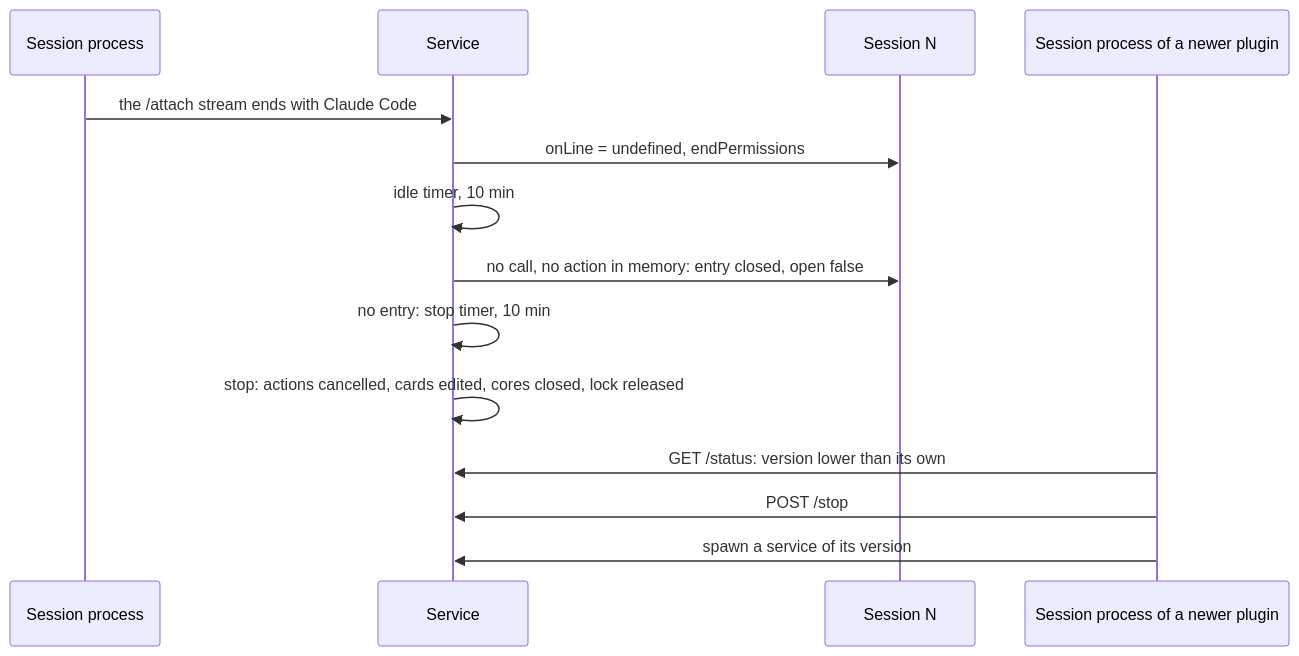
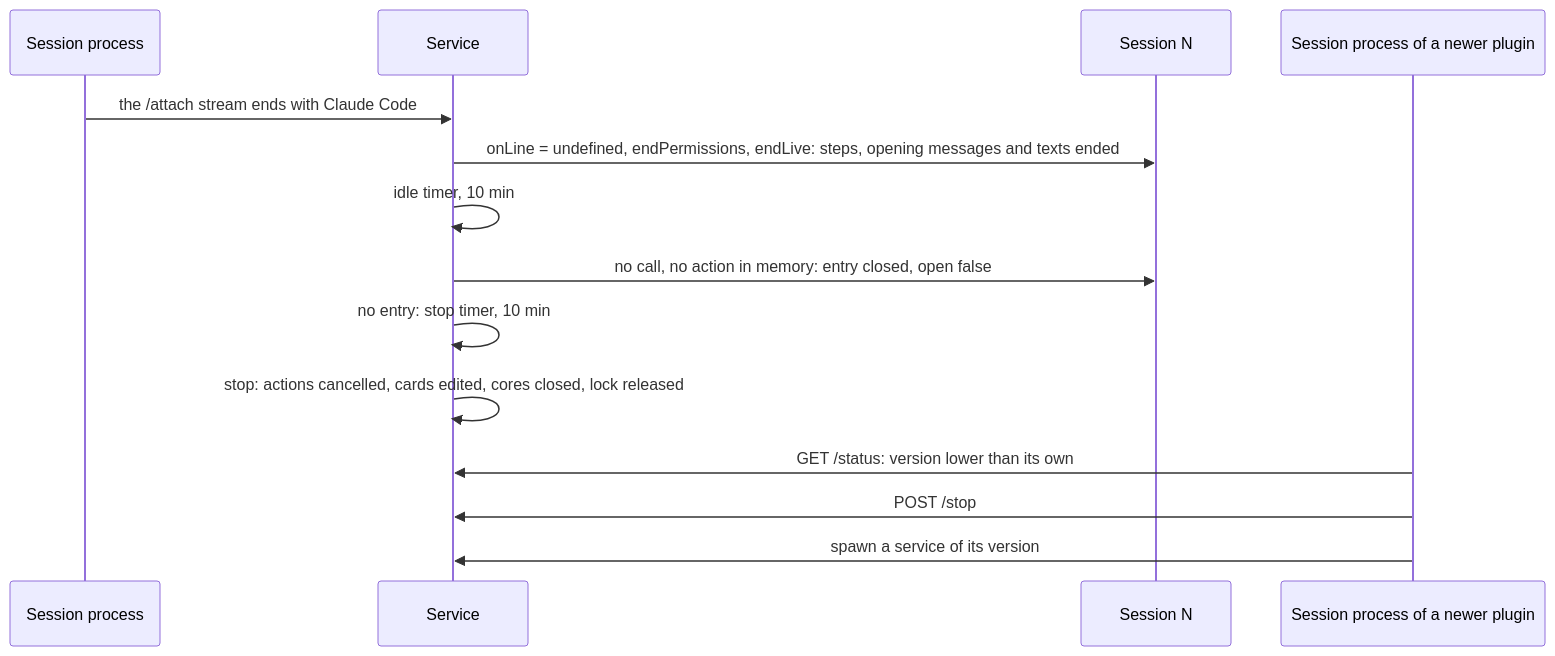
Before and after one commit to Narasimha-sc/simplex-chat: diagram 26 of 39 in packages/simplex-chat-mcp/spec/flows.md, drawn with Mermaid. The commit also changed other lines of this file and 170 other files, not shown here.

````diff
--- a/packages/simplex-chat-mcp/spec/flows.md
+++ b/packages/simplex-chat-mcp/spec/flows.md
@@ -1185,16 +1217,16 @@
 ```mermaid
 sequenceDiagram
   participant S as Session process
   participant D as Service
   participant N as Session N
   participant S2 as Session process of a newer plugin
   S->>D: the /attach stream ends with Claude Code
-  D->>N: onLine = undefined, endPermissions
+  D->>N: onLine = undefined, endPermissions, endLive: steps, opening messages and texts ended
   D->>D: idle timer, 10 min
   D->>N: no call, no action in memory: entry closed, open false
   D->>D: no entry: stop timer, 10 min
   D->>D: stop: actions cancelled, cards edited, cores closed, lock released
   S2->>D: GET /status: version lower than its own
   S2->>D: POST /stop
   S2->>D: spawn a service of its version
 ```
````
